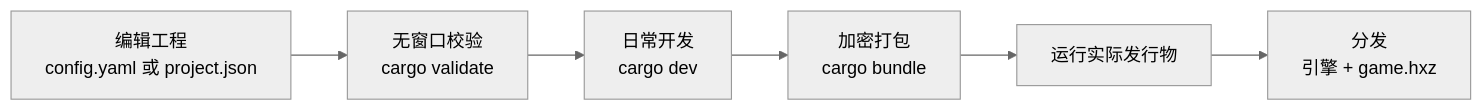
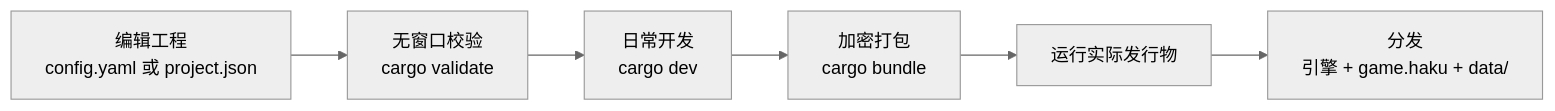
One commit to maincoretech/keine changed the first of 4 diagrams in README_CN.md. Above: the diagram before and after it, drawn with Mermaid (neutral theme). The commit also changed other lines of this file and 42 other files, not shown here.

````diff
--- a/README_CN.md
+++ b/README_CN.md
@@ -62,8 +62,8 @@
 ```mermaid
 flowchart LR
     A["编辑工程<br/>config.yaml 或 project.json"] --> B["无窗口校验<br/>cargo validate"]
     B --> C["日常开发<br/>cargo dev"]
     C --> D["加密打包<br/>cargo bundle"]
     D --> E["运行实际发行物"]
-    E --> F["分发<br/>引擎 + game.hxz"]
+    E --> F["分发<br/>引擎 + game.haku + data/"]
 ```
````
